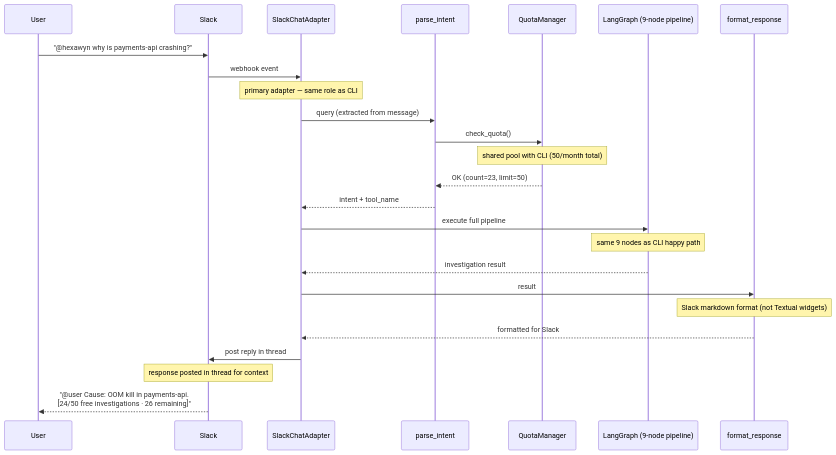
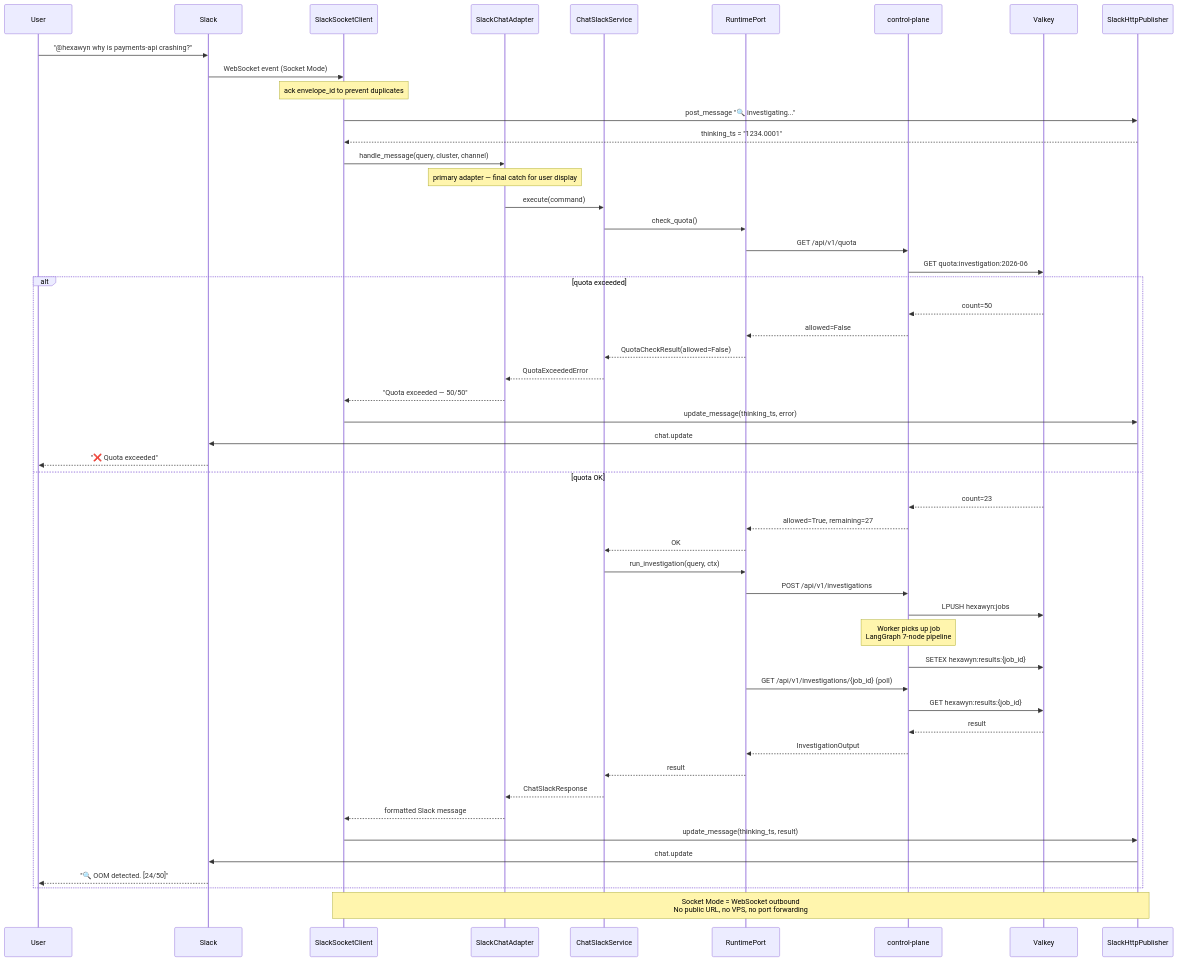
The diagram in docs/architecture/diagrams/sequence/06-slack-chat.md (hexa-tools/hexawyn), drawn with Mermaid before and after one commit. The commit also changed other lines of this file and 66 other files, not shown here.

Commit message:
feat: add slack-chat adapter

````diff
--- a/docs/architecture/diagrams/sequence/06-slack-chat.md
+++ b/docs/architecture/diagrams/sequence/06-slack-chat.md
@@ -5,42 +5,67 @@
 ```mermaid
 sequenceDiagram
     participant User
     participant Slack
+    participant SMC as SlackSocketClient
     participant SCA as SlackChatAdapter
-    participant parse_intent
-    participant QM as QuotaManager
-    participant LangGraph as LangGraph (9-node pipeline)
-    participant format_response
+    participant Svc as ChatSlackService
+    participant RT as RuntimePort
+    participant CP as control-plane
+    participant Valkey
+    participant Pub as SlackHttpPublisher
 
     User->>Slack: "@hexawyn why is payments-api crashing?"
-    Slack->>SCA: webhook event
+    Slack->>SMC: WebSocket event (Socket Mode)
 
-    Note over SCA: primary adapter — same role as CLI
+    Note over SMC: ack envelope_id to prevent duplicates
 
-    SCA->>parse_intent: query (extracted from message)
+    SMC->>Pub: post_message "🔍 investigating..."
+    Pub-->>SMC: thinking_ts = "1234.0001"
 
-    parse_intent->>QM: check_quota()
+    SMC->>SCA: handle_message(query, cluster, channel)
 
-    Note over QM: shared pool with CLI (50/month total)
+    Note over SCA: primary adapter — final catch for user display
 
-    QM-->>parse_intent: OK (count=23, limit=50)
-    parse_intent-->>SCA: intent + tool_name
+    SCA->>Svc: execute(command)
 
-    SCA->>LangGraph: execute full pipeline
+    Svc->>RT: check_quota()
 
-    Note over LangGraph: same 9 nodes as CLI happy path
+    RT->>CP: GET /api/v1/quota
+    CP->>Valkey: GET quota:investigation:2026-06
 
-    LangGraph-->>SCA: investigation result
+    alt quota exceeded
+        Valkey-->>CP: count=50
+        CP-->>RT: allowed=False
+        RT-->>Svc: QuotaCheckResult(allowed=False)
+        Svc-->>SCA: QuotaExceededError
+        SCA-->>SMC: "Quota exceeded — 50/50"
+        SMC->>Pub: update_message(thinking_ts, error)
+        Pub->>Slack: chat.update
+        Slack-->>User: "❌ Quota exceeded"
+    else quota OK
+        Valkey-->>CP: count=23
+        CP-->>RT: allowed=True, remaining=27
+        RT-->>Svc: OK
 
-    SCA->>format_response: result
+        Svc->>RT: run_investigation(query, ctx)
+        RT->>CP: POST /api/v1/investigations
+        CP->>Valkey: LPUSH hexawyn:jobs
 
-    Note over format_response: Slack markdown format (not Textual widgets)
+        Note over CP: Worker picks up job<br/>LangGraph 7-node pipeline
 
-    format_response-->>SCA: formatted for Slack
+        CP->>Valkey: SETEX hexawyn:results:{job_id}
+        RT->>CP: GET /api/v1/investigations/{job_id} (poll)
+        CP->>Valkey: GET hexawyn:results:{job_id}
+        Valkey-->>CP: result
+        CP-->>RT: InvestigationOutput
 
-    SCA->>Slack: post reply in thread
+        RT-->>Svc: result
+        Svc-->>SCA: ChatSlackResponse
+        SCA-->>SMC: formatted Slack message
+        SMC->>Pub: update_message(thinking_ts, result)
+        Pub->>Slack: chat.update
+        Slack-->>User: "🔍 OOM detected. [24/50]"
+    end
 
-    Note over Slack: response posted in thread for context
-
-    Slack-->>User: "@user Cause: OOM kill in payments-api.<br/>[24/50 free investigations · 26 remaining]"
+    Note over SMC,Pub: Socket Mode = WebSocket outbound<br/>No public URL, no VPS, no port forwarding
 ```
````
